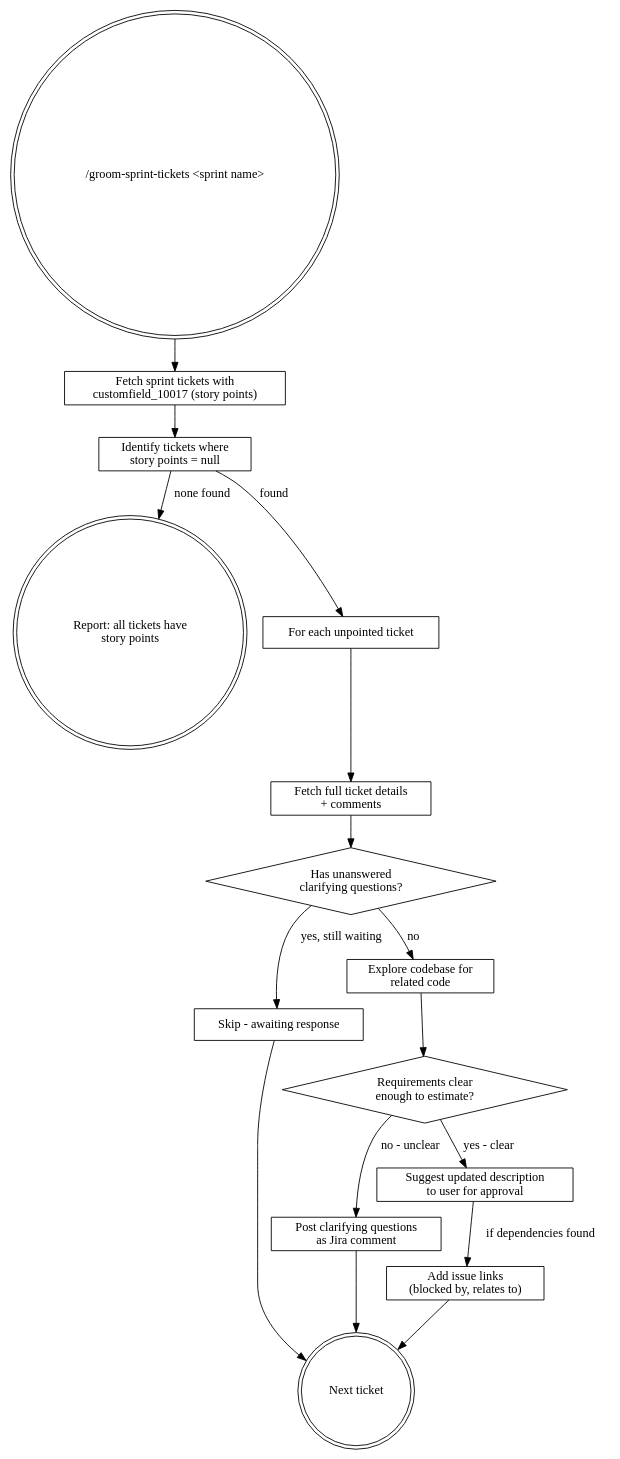
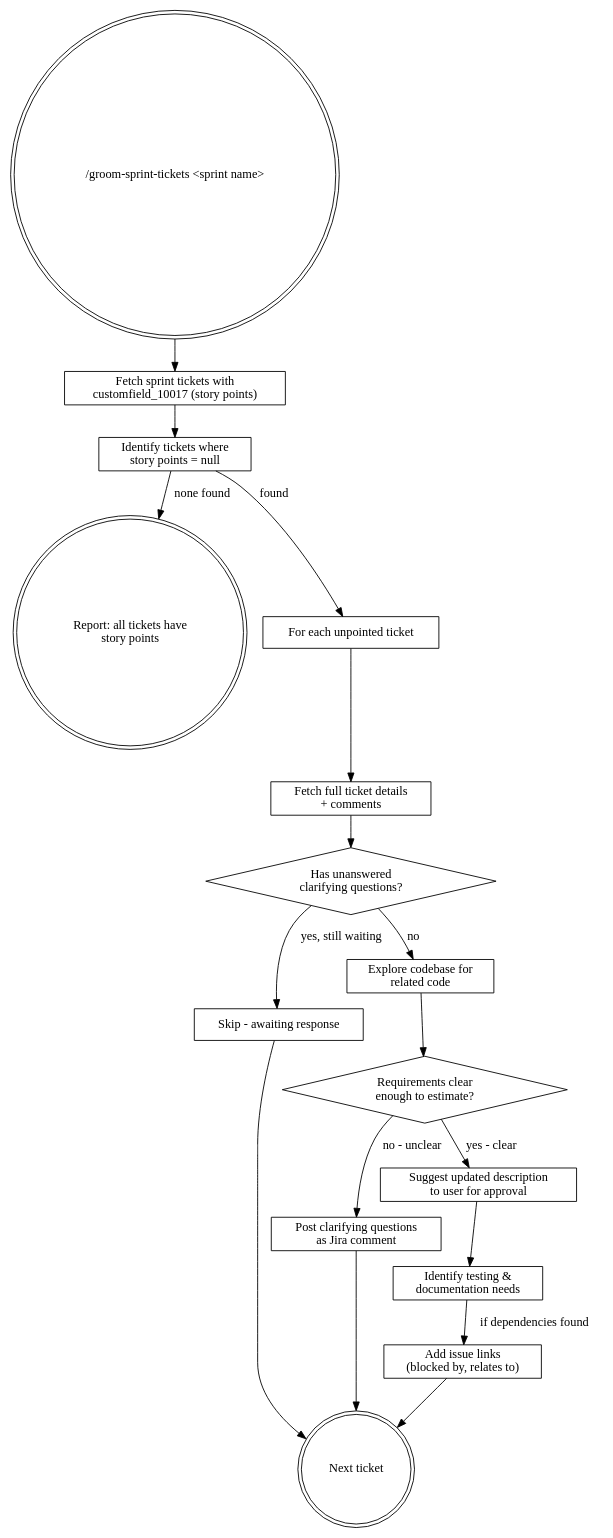
One commit to dimagi/dimagi-claude-workflows changed the diagram in plugins/connect-tech/skills/groom-sprint-tickets/SKILL.md. Above: the diagram before and after it, drawn with Graphviz. The commit also changed other lines of this file, not shown here.

Commit message:
Added skill instructions to update requirements if unit testing and/or documentation need to be updated

````diff
--- a/plugins/connect-tech/skills/groom-sprint-tickets/SKILL.md
+++ b/plugins/connect-tech/skills/groom-sprint-tickets/SKILL.md
@@ -23,37 +23,39 @@
 ```dot
 digraph groom {
     rankdir=TB;
     node [shape=box];
 
     input [label="/groom-sprint-tickets <sprint name>" shape=doublecircle];
     fetch [label="Fetch sprint tickets with\ncustomfield_10017 (story points)"];
     filter [label="Identify tickets where\nstory points = null"];
     none [label="Report: all tickets have\nstory points" shape=doublecircle];
     pick [label="For each unpointed ticket"];
     details [label="Fetch full ticket details\n+ comments"];
     has_response [label="Has unanswered\nclarifying questions?" shape=diamond];
     skip [label="Skip - awaiting response"];
     explore [label="Explore codebase for\nrelated code"];
     assess [label="Requirements clear\nenough to estimate?" shape=diamond];
     questions [label="Post clarifying questions\nas Jira comment"];
     update [label="Suggest updated description\nto user for approval"];
+    test_docs [label="Identify testing &\ndocumentation needs"];
     links [label="Add issue links\n(blocked by, relates to)"];
     next [label="Next ticket" shape=doublecircle];
 
     input -> fetch;
     fetch -> filter;
     filter -> none [label="none found"];
     filter -> pick [label="found"];
     pick -> details;
     details -> has_response;
     has_response -> skip [label="yes, still waiting"];
     has_response -> explore [label="no"];
     explore -> assess;
     assess -> questions [label="no - unclear"];
     assess -> update [label="yes - clear"];
-    update -> links [label="if dependencies found"];
+    update -> test_docs;
+    test_docs -> links [label="if dependencies found"];
     questions -> next;
     links -> next;
     skip -> next;
 }
 ```
````
